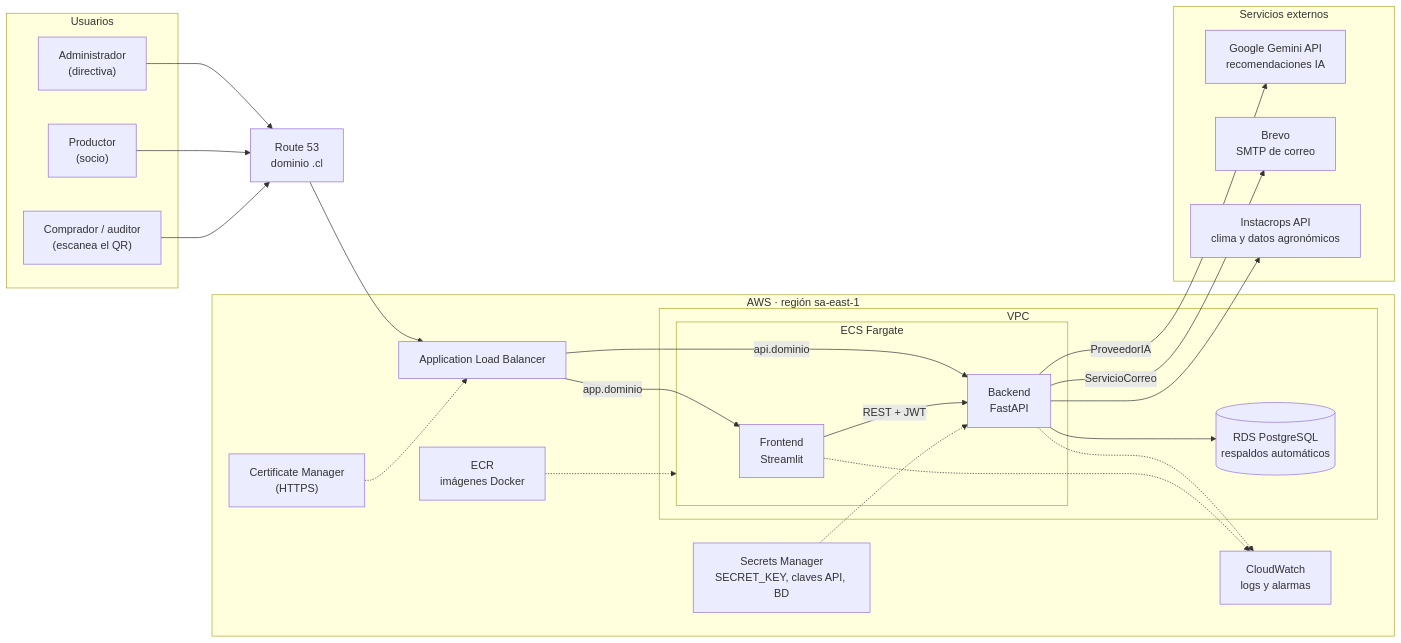
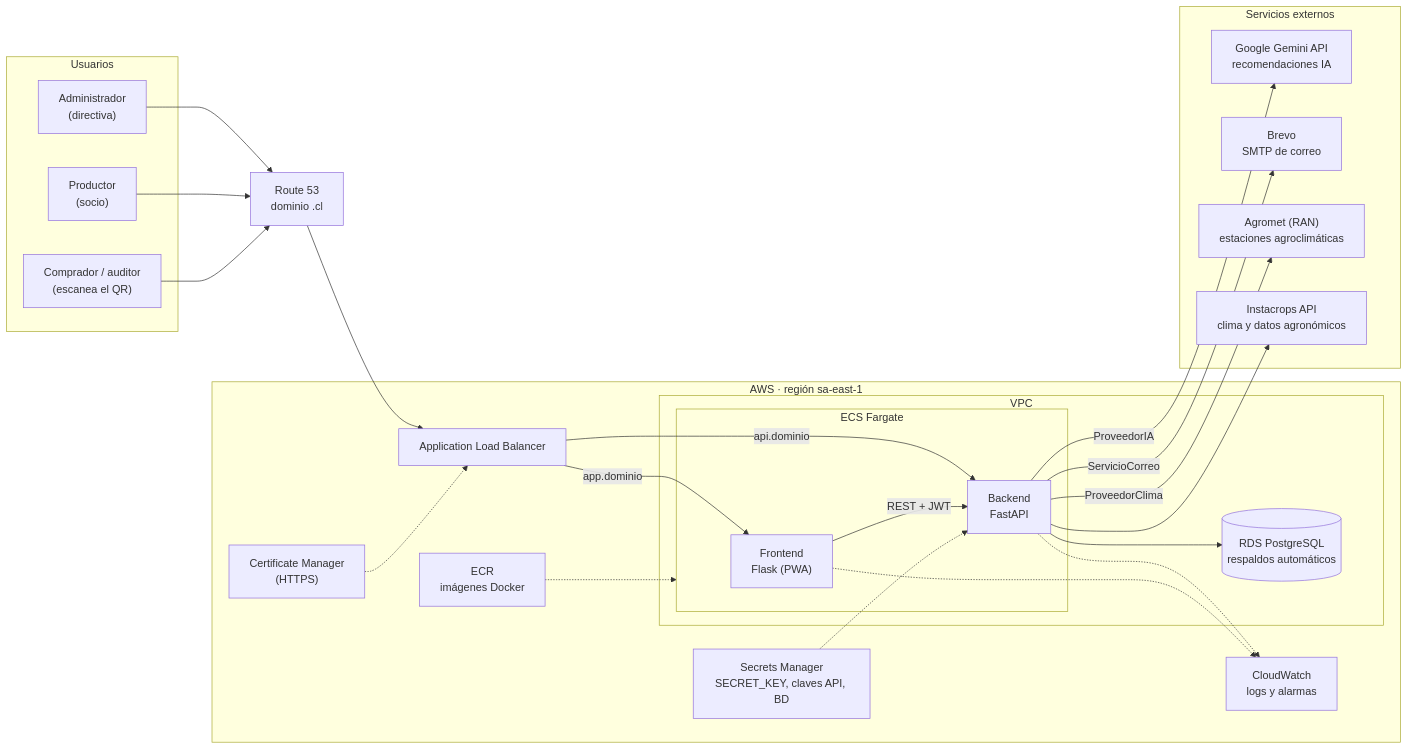
Before and after one commit to scortes5/Backend-GPTI-G10: the first of 2 diagrams in README.md, drawn with Mermaid. The commit also changed other lines of this file and 17 other files, not shown here.

First line of the commit message:
Agregar clima del campo con la Red Agroclimática Nacional (Agromet)

````diff
--- a/README.md
+++ b/README.md
@@ -15,47 +16,49 @@
 ```mermaid
 flowchart LR
     subgraph Usuarios
         ADM["Administrador<br/>(directiva)"]
         PRO["Productor<br/>(socio)"]
         AUD["Comprador / auditor<br/>(escanea el QR)"]
     end
 
     R53["Route 53<br/>dominio .cl"]
 
     subgraph AWS["AWS · región sa-east-1"]
         ACM["Certificate Manager<br/>(HTTPS)"]
         ALB["Application Load Balancer"]
 
         subgraph VPC["VPC"]
             subgraph ECS["ECS Fargate"]
-                FE["Frontend<br/>Streamlit"]
+                FE["Frontend<br/>Flask (PWA)"]
                 BE["Backend<br/>FastAPI"]
             end
             RDS[("RDS PostgreSQL<br/>respaldos automáticos")]
         end
 
         ECR["ECR<br/>imágenes Docker"]
         SM["Secrets Manager<br/>SECRET_KEY, claves API, BD"]
         CW["CloudWatch<br/>logs y alarmas"]
     end
 
     subgraph Externos["Servicios externos"]
         GEM["Google Gemini API<br/>recomendaciones IA"]
         BRE["Brevo<br/>SMTP de correo"]
+        AGR["Agromet (RAN)<br/>estaciones agroclimáticas"]
         INS["Instacrops API<br/>clima y datos agronómicos"]
     end
 
     ADM & PRO & AUD --> R53 --> ALB
     ACM -.-> ALB
     ALB -- "app.dominio" --> FE
     ALB -- "api.dominio" --> BE
     FE -- "REST + JWT" --> BE
     BE --> RDS
     ECR -.-> ECS
     SM -.-> BE
     BE -.-> CW
     FE -.-> CW
     BE -- "ProveedorIA" --> GEM
     BE -- "ServicioCorreo" --> BRE
+    BE -- "ProveedorClima" --> AGR
     BE --> INS
 ```
````
